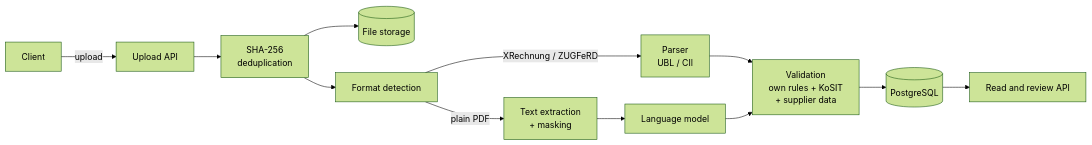
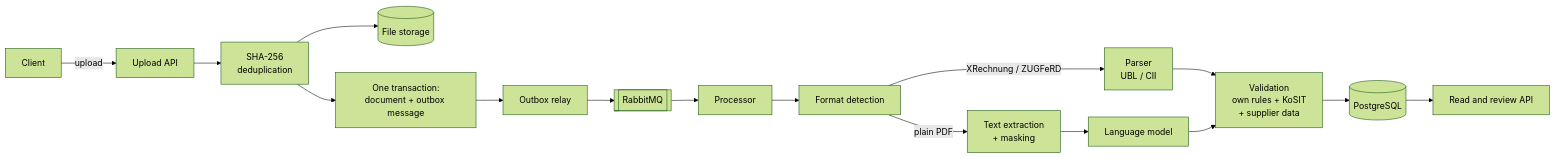
The diagram in README.md (newways-dev/dewtally), drawn with Mermaid (forest theme) before and after one commit. The commit also changed other lines of this file and 12 other files, not shown here.

Commit message:
Transactional outbox: document and queue message saved in one transaction

````diff
--- a/README.md
+++ b/README.md
@@ -39,14 +42,18 @@
 ```mermaid
 flowchart LR
     U[Client] -->|upload| API[Upload API]
     API --> H[SHA-256<br/>deduplication]
     H --> S[(File storage)]
-    H --> F[Format detection]
+    H --> T[One transaction:<br/>document + outbox message]
+    T --> O[Outbox relay]
+    O --> Q[[RabbitMQ]]
+    Q --> W[Processor]
+    W --> F[Format detection]
     F -->|XRechnung / ZUGFeRD| P[Parser<br/>UBL / CII]
     F -->|plain PDF| X[Text extraction<br/>+ masking]
     X --> L[Language model]
     P --> V[Validation<br/>own rules + KoSIT<br/>+ supplier data]
     L --> V
     V --> DB[(PostgreSQL)]
     DB --> R[Read and review API]
 ```
````
